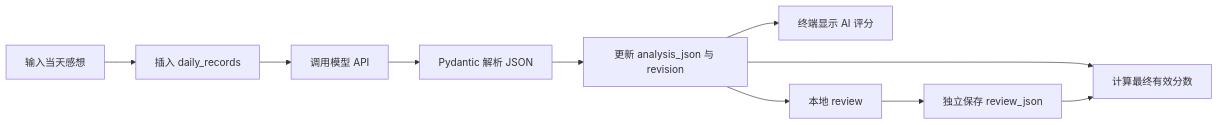
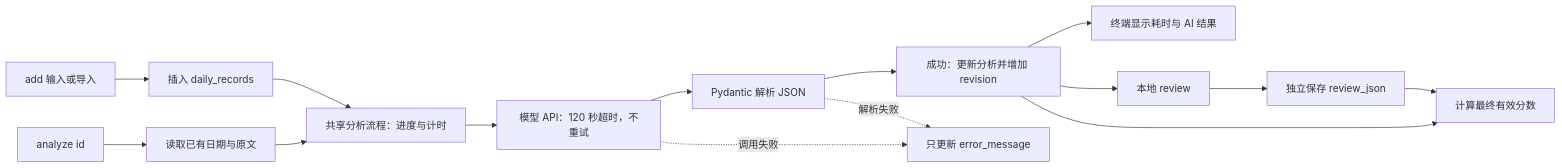
One commit to nebulyu/kiseki changed the diagram in docs/architecture.md. Above: the diagram before and after it, drawn with Mermaid. The commit also changed other lines of this file and 7 other files, not shown here.

````diff
--- a/docs/architecture.md
+++ b/docs/architecture.md
@@ -17,12 +17,17 @@
 ```mermaid
 flowchart LR
-    A["输入当天感想"] --> B["插入 daily_records"]
-    B --> C["调用模型 API"]
-    C --> D["Pydantic 解析 JSON"]
-    D --> E["更新 analysis_json 与 revision"]
-    E --> F["终端显示 AI 评分"]
-    E --> G["本地 review"]
-    G --> H["独立保存 review_json"]
-    E --> I["计算最终有效分数"]
-    H --> I
+    A["add 输入或导入"] --> B["插入 daily_records"]
+    J["analyze id"] --> K["读取已有日期与原文"]
+    B --> C["共享分析流程：进度与计时"]
+    K --> C
+    C --> D["模型 API：120 秒超时，不重试"]
+    D --> E["Pydantic 解析 JSON"]
+    E --> F["成功：更新分析并增加 revision"]
+    D -. 调用失败 .-> X["只更新 error_message"]
+    E -. 解析失败 .-> X
+    F --> G["终端显示耗时与 AI 结果"]
+    F --> H["本地 review"]
+    H --> I["独立保存 review_json"]
+    F --> L["计算最终有效分数"]
+    I --> L
 ```
````
